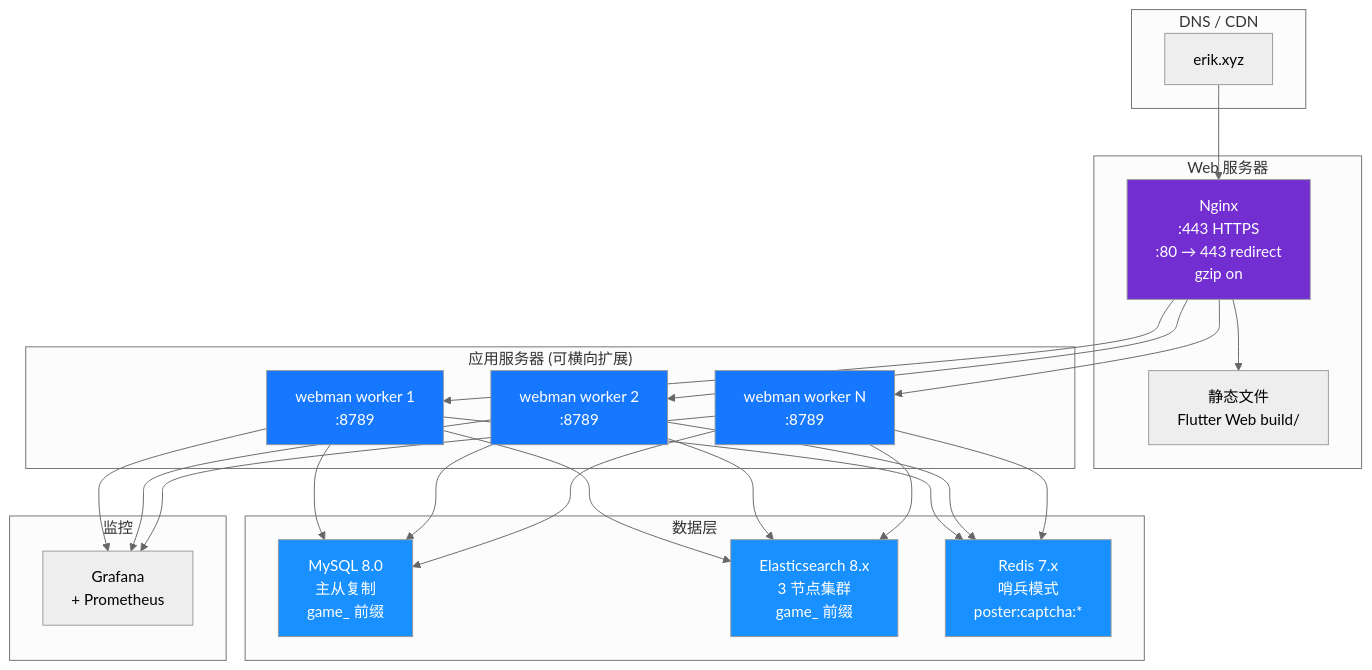
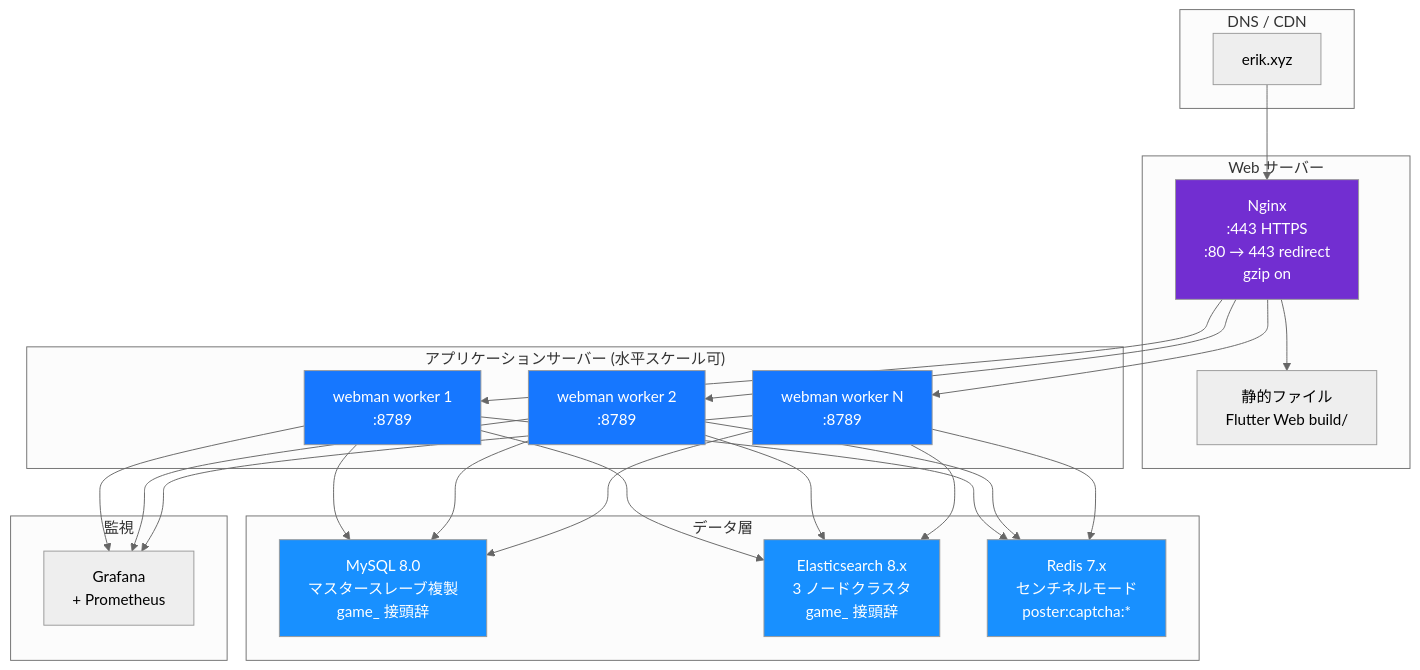
One commit to erikwang2013/game-platform-php changed diagram 14 of 14 in admin/docs/ARCHITECTURE.ja.md. Above: the diagram before and after it, drawn with Mermaid (neutral theme). The commit also changed other lines of this file and 211 other files, not shown here.

First line of the commit message:
fix: 支付配置读回类型根治、提现事件对账巡检，12 语族 mermaid 与 API 标签本地化

````diff
--- a/admin/docs/ARCHITECTURE.ja.md
+++ b/admin/docs/ARCHITECTURE.ja.md
@@ -647,43 +647,43 @@
 ```mermaid
 flowchart TB
     subgraph "DNS / CDN"
         DNS["erik.xyz"]
     end
 
-    subgraph "Web 服务器"
+    subgraph "Web サーバー"
         NGX["Nginx<br/>:443 HTTPS<br/>:80 → 443 redirect<br/>gzip on"]
-        STA["静态文件<br/>Flutter Web build/"]
+        STA["静的ファイル<br/>Flutter Web build/"]
     end
 
-    subgraph "应用服务器 (可横向扩展)"
+    subgraph "アプリケーションサーバー (水平スケール可)"
         WM1["webman worker 1<br/>:8789"]
         WM2["webman worker 2<br/>:8789"]
         WM3["webman worker N<br/>:8789"]
     end
 
-    subgraph "数据层"
-        MYSQL["MySQL 8.0<br/>主从复制<br/>game_ 前缀"]
-        ES["Elasticsearch 8.x<br/>3 节点集群<br/>game_ 前缀"]
-        REDIS["Redis 7.x<br/>哨兵模式<br/>poster:captcha:*"]
+    subgraph "データ層"
+        MYSQL["MySQL 8.0<br/>マスタースレーブ複製<br/>game_ 接頭辞"]
+        ES["Elasticsearch 8.x<br/>3 ノードクラスタ<br/>game_ 接頭辞"]
+        REDIS["Redis 7.x<br/>センチネルモード<br/>poster:captcha:*"]
     end
 
-    subgraph "监控"
+    subgraph "監視"
         MON["Grafana<br/>+ Prometheus"]
     end
 
     DNS --> NGX
     NGX --> STA
     NGX --> WM1 & WM2 & WM3
     WM1 & WM2 & WM3 --> MYSQL
     WM1 & WM2 & WM3 --> ES
     WM1 & WM2 & WM3 --> REDIS
     WM1 & WM2 & WM3 --> MON
 
     style NGX fill:#722ED1,color:#fff
     style WM1 fill:#1677FF,color:#fff
     style WM2 fill:#1677FF,color:#fff
     style WM3 fill:#1677FF,color:#fff
     style MYSQL fill:#1890FF,color:#fff
     style ES fill:#1890FF,color:#fff
     style REDIS fill:#1890FF,color:#fff
 ```
````
